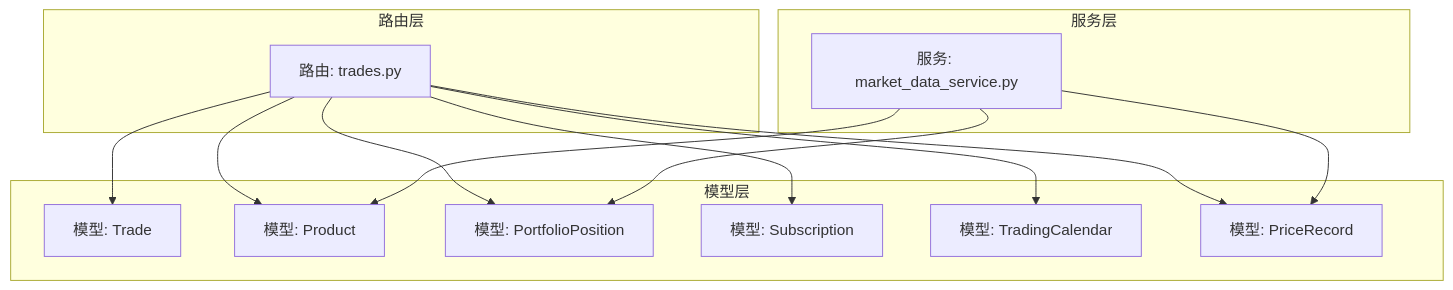
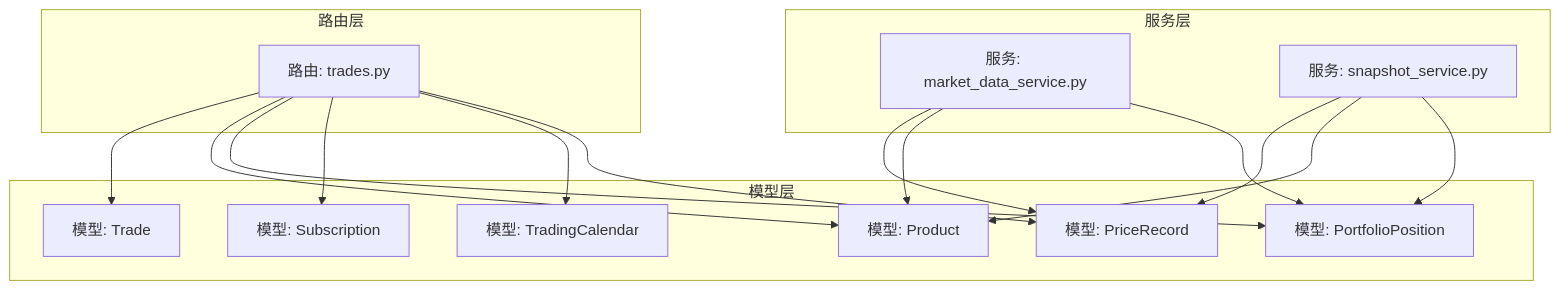
One commit to gujialind/InvestRing changed the first of 9 diagrams in .qoder/repowiki/zh/content/核心业务功能/交易处理.md. Above: the diagram before and after it, drawn with Mermaid. The commit also changed other lines of this file and 16 other files, not shown here.

````diff
--- a/.qoder/repowiki/zh/content/核心业务功能/交易处理.md
+++ b/.qoder/repowiki/zh/content/核心业务功能/交易处理.md
@@ -38,26 +50,30 @@
 ```mermaid
 graph TB
 subgraph "路由层"
 RTrades["路由: trades.py"]
 end
 subgraph "模型层"
 MTrade["模型: Trade"]
 MProduct["模型: Product"]
 MPos["模型: PortfolioPosition"]
 MSub["模型: Subscription"]
 MCal["模型: TradingCalendar"]
 MPrice["模型: PriceRecord"]
 end
 subgraph "服务层"
 SMarket["服务: market_data_service.py"]
+SSnapshot["服务: snapshot_service.py"]
 end
 RTrades --> MTrade
 RTrades --> MProduct
 RTrades --> MPos
 RTrades --> MSub
 RTrades --> MCal
 RTrades --> MPrice
 SMarket --> MPrice
 SMarket --> MProduct
 SMarket --> MPos
+SSnapshot --> MPrice
+SSnapshot --> MProduct
+SSnapshot --> MPos
 ```
````
